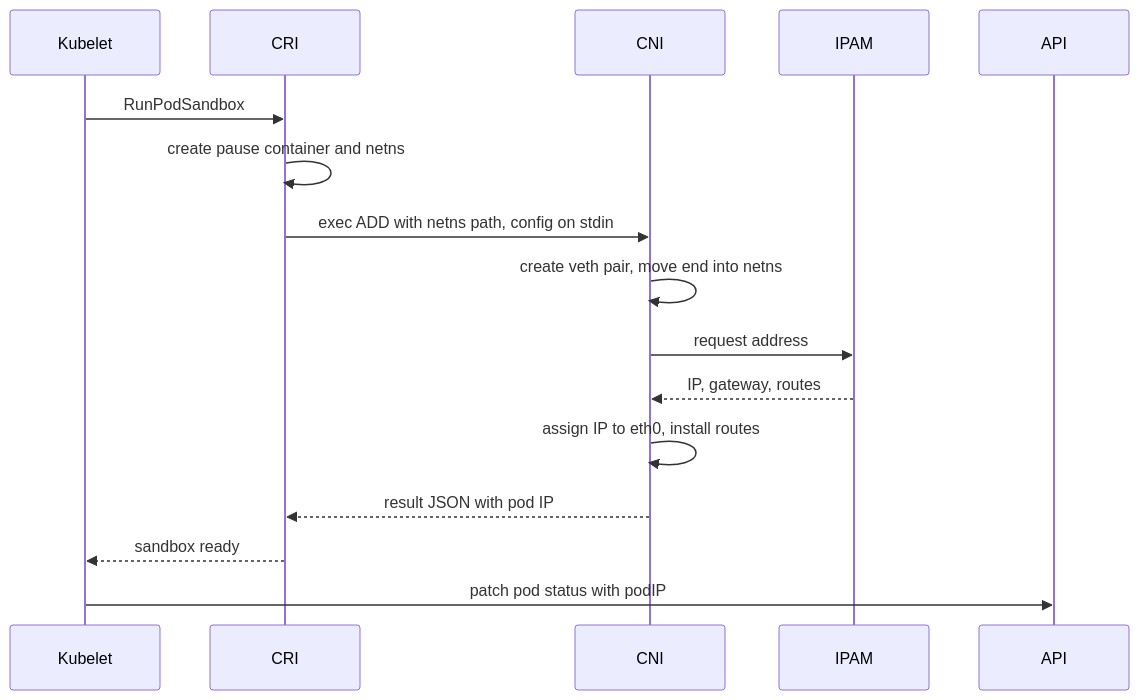
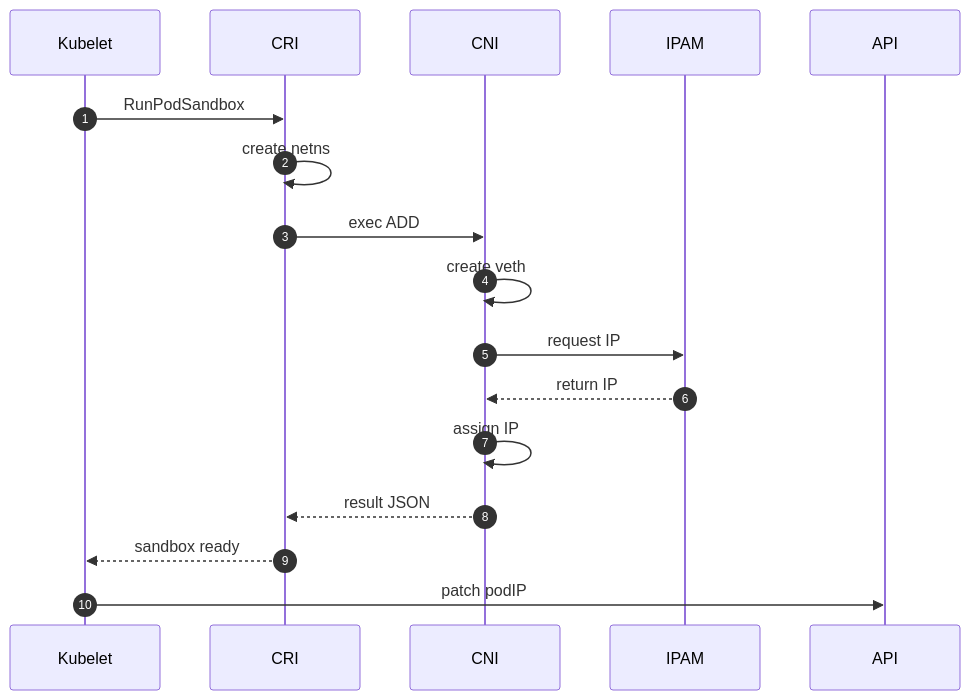
Before and after one commit to sanketsudake/k8s-worksheet: the first of 3 diagrams in chapters/ch07.md, drawn with Mermaid. The commit also changed other lines of this file, not shown here.

Commit message:
ch07: bring diagrams within the print-size gate
Shortened labels and message text, applied the semantic palette to
flowcharts, and added autonumber to sequence diagrams. Participants,
nodes and edges are unchanged.

````diff
--- a/chapters/ch07.md
+++ b/chapters/ch07.md
@@ -71,18 +71,19 @@
 ```mermaid
 sequenceDiagram
+    autonumber
     participant Kubelet
     participant CRI
     participant CNI
     participant IPAM
     participant API
     Kubelet->>CRI: RunPodSandbox
-    CRI->>CRI: create pause container and netns
-    CRI->>CNI: exec ADD with netns path, config on stdin
-    CNI->>CNI: create veth pair, move end into netns
-    CNI->>IPAM: request address
-    IPAM-->>CNI: IP, gateway, routes
-    CNI->>CNI: assign IP to eth0, install routes
-    CNI-->>CRI: result JSON with pod IP
+    CRI->>CRI: create netns
+    CRI->>CNI: exec ADD
+    CNI->>CNI: create veth
+    CNI->>IPAM: request IP
+    IPAM-->>CNI: return IP
+    CNI->>CNI: assign IP
+    CNI-->>CRI: result JSON
     CRI-->>Kubelet: sandbox ready
-    Kubelet->>API: patch pod status with podIP
+    Kubelet->>API: patch podIP
 ```
````
